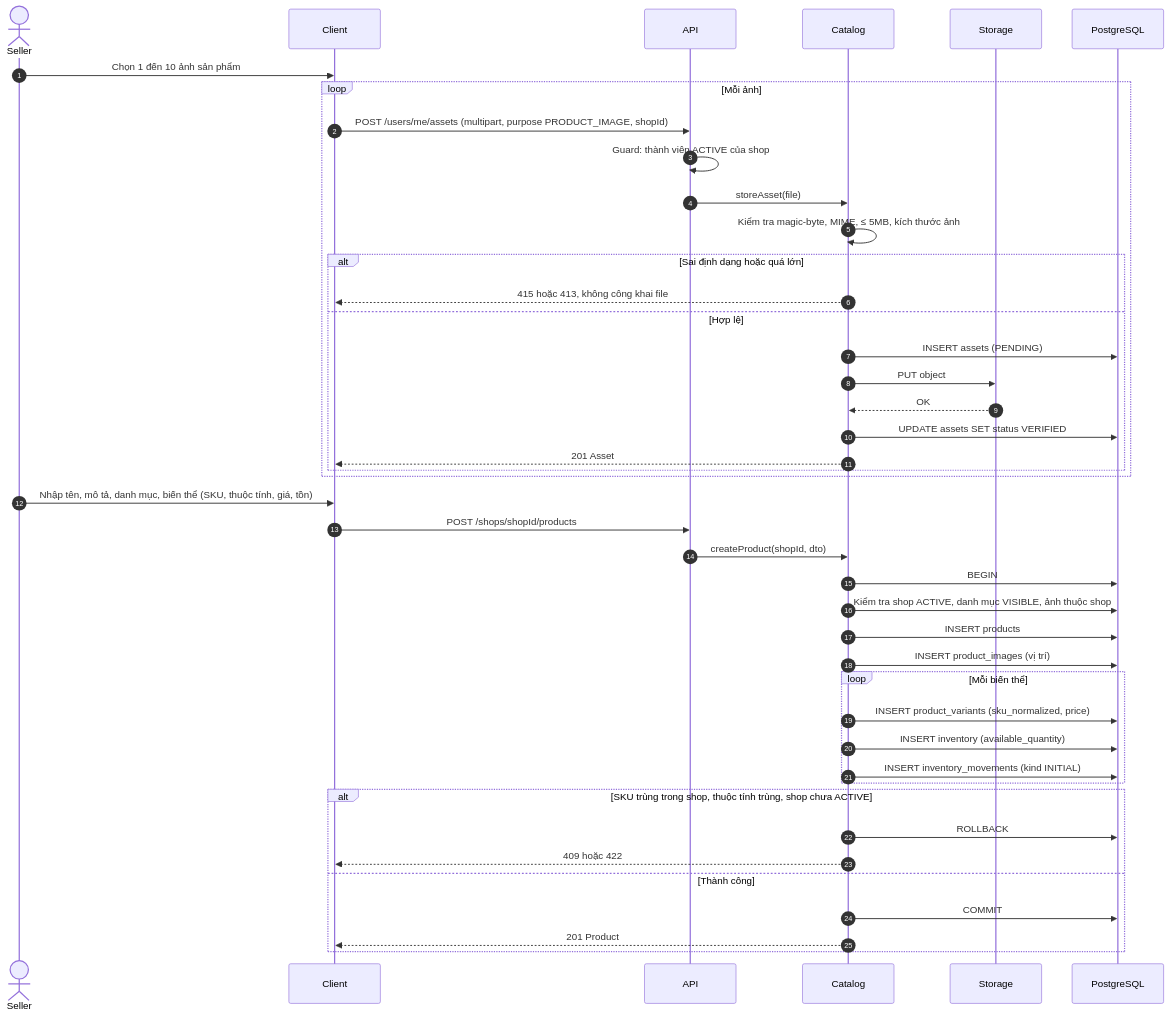
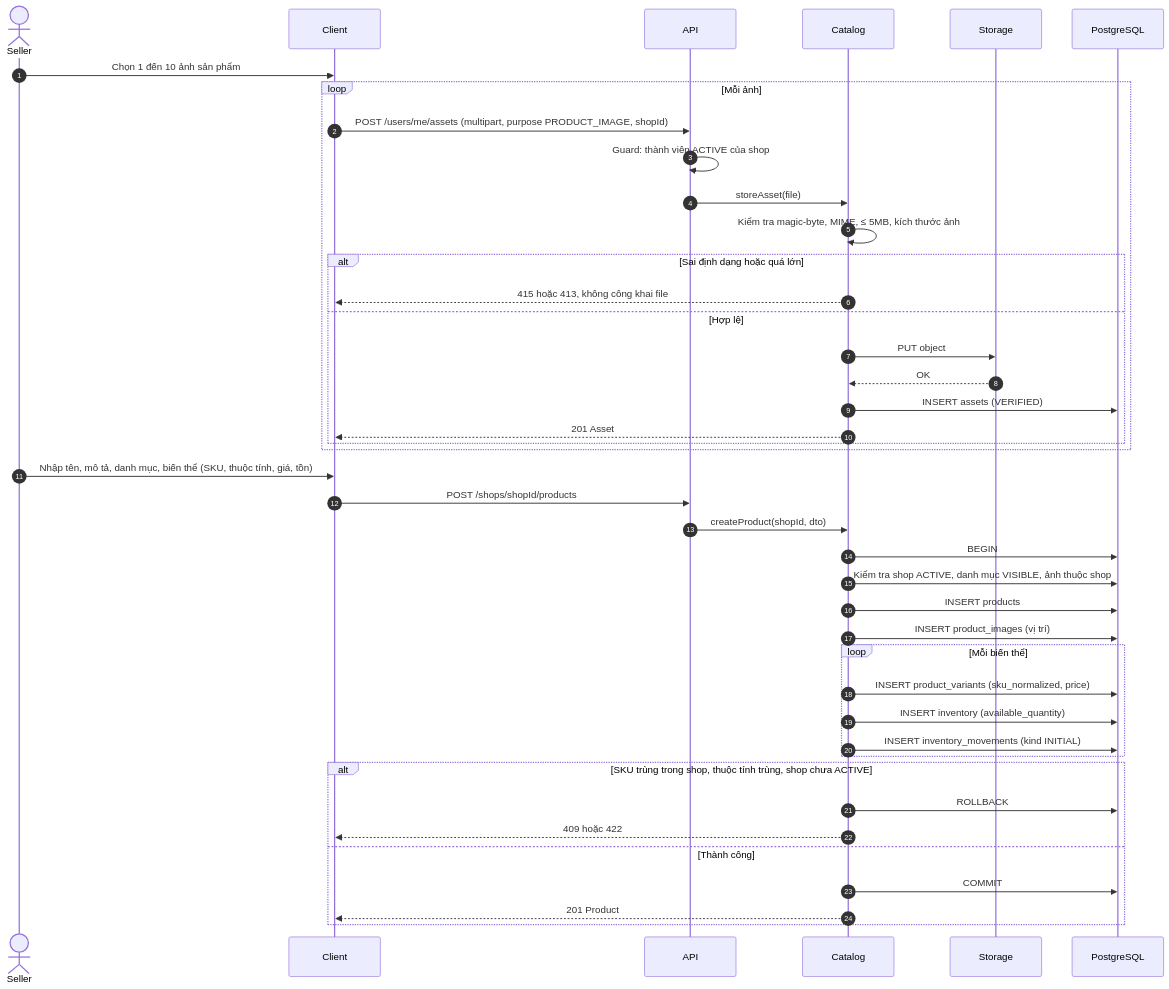
One commit to kietda623/do-an-cnpm changed the third of 16 diagrams in docs/architecture/05-sequence.md. Above: the diagram before and after it, drawn with Mermaid. The commit also changed other lines of this file and 3 other files, not shown here.

Commit message:
docs: align architecture flows with implementation

````diff
--- a/docs/architecture/05-sequence.md
+++ b/docs/architecture/05-sequence.md
@@ -161,47 +162,46 @@
 ```mermaid
 sequenceDiagram
   autonumber
   actor S as Seller
   participant C as Client
   participant API as API
   participant CAT as Catalog
   participant ST as Storage
   participant DB as PostgreSQL
 
   S->>C: Chọn 1 đến 10 ảnh sản phẩm
   loop Mỗi ảnh
     C->>API: POST /users/me/assets (multipart, purpose PRODUCT_IMAGE, shopId)
     API->>API: Guard: thành viên ACTIVE của shop
     API->>CAT: storeAsset(file)
     CAT->>CAT: Kiểm tra magic-byte, MIME, ≤ 5MB, kích thước ảnh
     alt Sai định dạng hoặc quá lớn
       CAT-->>C: 415 hoặc 413, không công khai file
     else Hợp lệ
-      CAT->>DB: INSERT assets (PENDING)
       CAT->>ST: PUT object
       ST-->>CAT: OK
-      CAT->>DB: UPDATE assets SET status VERIFIED
+      CAT->>DB: INSERT assets (VERIFIED)
       CAT-->>C: 201 Asset
     end
   end
 
   S->>C: Nhập tên, mô tả, danh mục, biến thể (SKU, thuộc tính, giá, tồn)
   C->>API: POST /shops/shopId/products
   API->>CAT: createProduct(shopId, dto)
   CAT->>DB: BEGIN
   CAT->>DB: Kiểm tra shop ACTIVE, danh mục VISIBLE, ảnh thuộc shop
   CAT->>DB: INSERT products
   CAT->>DB: INSERT product_images (vị trí)
   loop Mỗi biến thể
     CAT->>DB: INSERT product_variants (sku_normalized, price)
     CAT->>DB: INSERT inventory (available_quantity)
     CAT->>DB: INSERT inventory_movements (kind INITIAL)
   end
   alt SKU trùng trong shop, thuộc tính trùng, shop chưa ACTIVE
     CAT->>DB: ROLLBACK
     CAT-->>C: 409 hoặc 422
   else Thành công
     CAT->>DB: COMMIT
     CAT-->>C: 201 Product
   end
 ```
````
